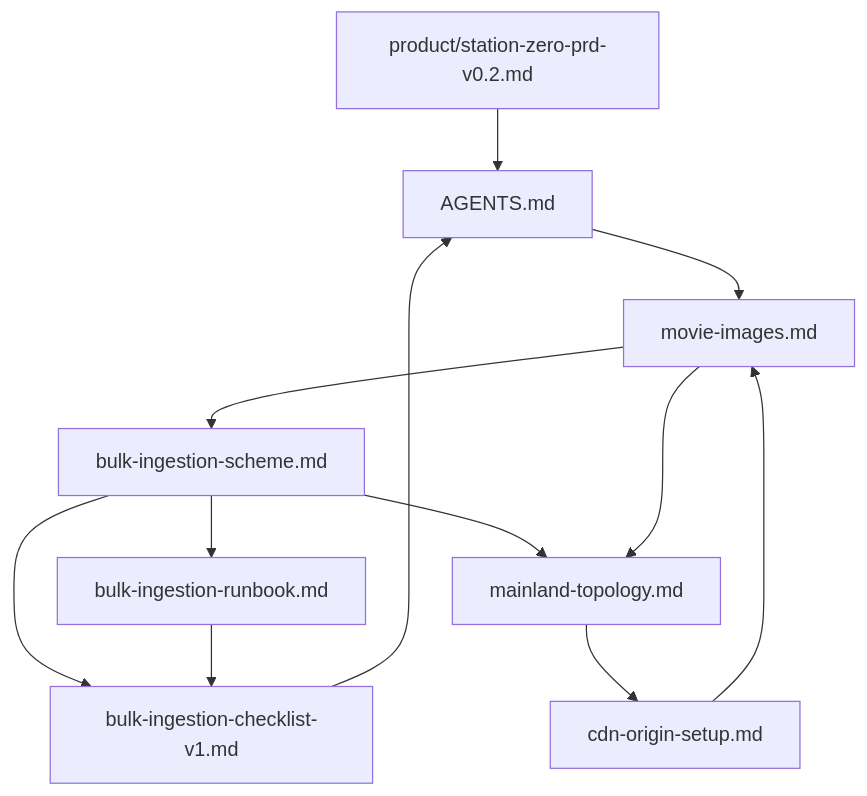
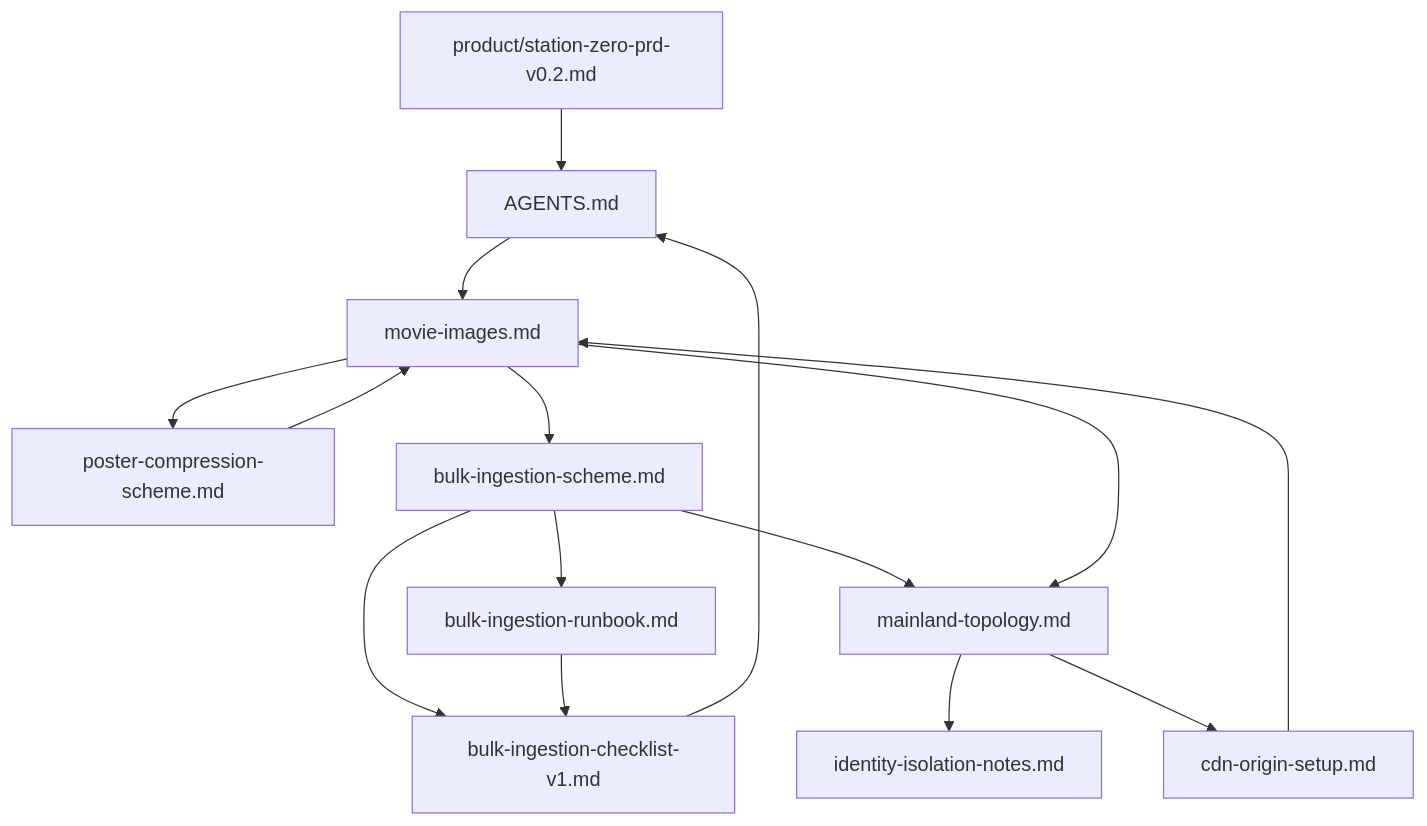
The diagram in docs/index.md (xue7106211/station-zero), drawn with Mermaid before and after one commit. The commit also changed other lines of this file and 7 other files, not shown here.

First line of the commit message:
Add poster compression scheme and sync doc references.

````diff
--- a/docs/index.md
+++ b/docs/index.md
@@ -152,23 +163,28 @@
 ```mermaid
 flowchart TB
   prd[product/station-zero-prd-v0.2.md]
   img[movie-images.md]
+  poster[poster-compression-scheme.md]
   bulk[bulk-ingestion-scheme.md]
   checklist[bulk-ingestion-checklist-v1.md]
   runbook[bulk-ingestion-runbook.md]
   topo[mainland-topology.md]
+  identity[identity-isolation-notes.md]
   cdn[cdn-origin-setup.md]
   agents[AGENTS.md]
 
   prd --> agents
   img --> bulk
+  img --> poster
+  poster --> img
   bulk --> checklist
   bulk --> runbook
   runbook --> checklist
   bulk --> topo
   img --> topo
+  topo --> identity
   topo --> cdn
   cdn --> img
   agents --> img
   checklist --> agents
 ```
````
